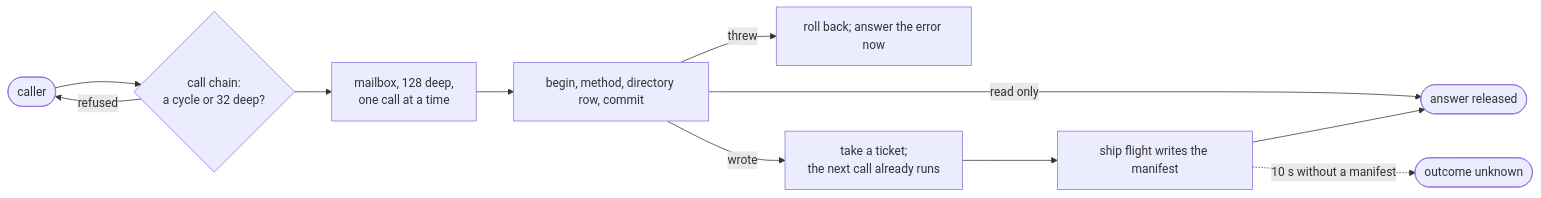
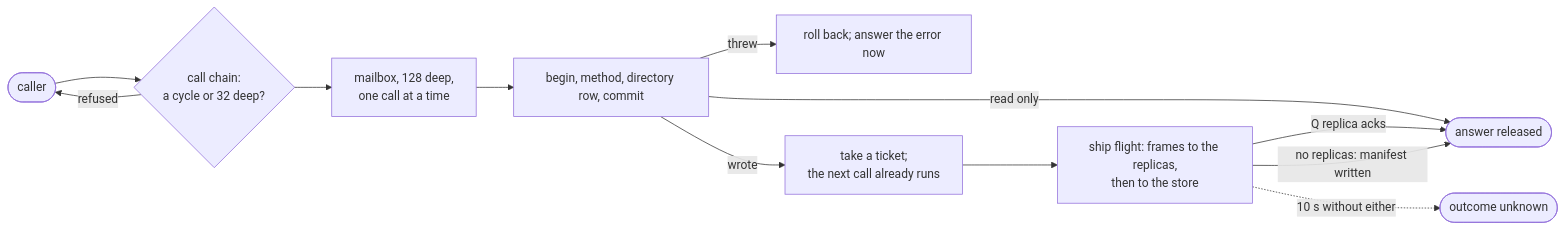
The diagram in actias-web/src/content/docs/runtime/guarantees.mdx (JSH32/actias), drawn with Mermaid before and after one commit. The commit also changed other lines of this file and 5 other files, not shown here.

First line of the commit message:
docs(web): the durability path fans out to replicas before the store

````diff
--- a/actias-web/src/content/docs/runtime/guarantees.mdx
+++ b/actias-web/src/content/docs/runtime/guarantees.mdx
@@ -47,13 +47,14 @@
 ```mermaid
 flowchart LR
     caller([caller]) --> chain{call chain:<br/>a cycle or 32 deep?}
     chain -- refused --> caller
     chain --> mb[mailbox, 128 deep,<br/>one call at a time]
     mb --> txn[begin, method, directory row, commit]
     txn -- threw --> rollback[roll back; answer the error now]
     txn -- wrote --> ticket[take a ticket;<br/>the next call already runs]
     txn -- read only --> answer
-    ticket --> flight[ship flight writes the manifest]
-    flight --> answer([answer released])
-    flight -. 10 s without a manifest .-> unknown([outcome unknown])
+    ticket --> flight[ship flight: frames to the replicas,<br/>then to the store]
+    flight -- Q replica acks --> answer([answer released])
+    flight -- no replicas: manifest written --> answer
+    flight -. 10 s without either .-> unknown([outcome unknown])
 ```
````
